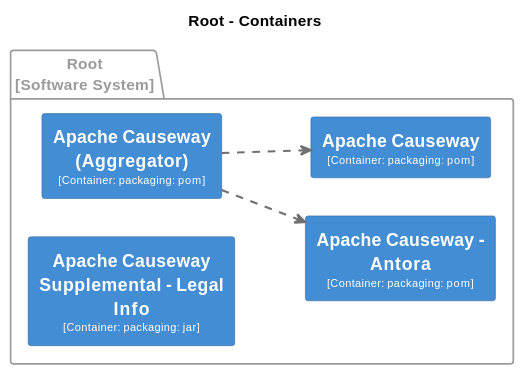
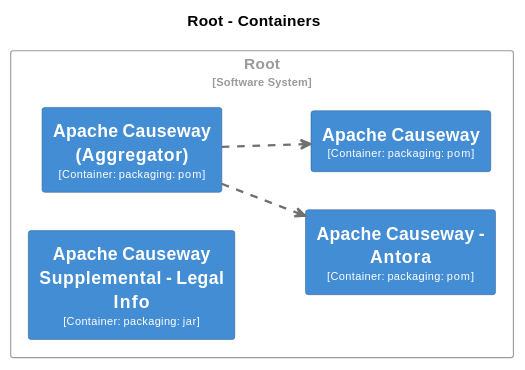
The fifth of 31 diagrams in core/adoc/modules/_overview/pages/about.adoc (apache/causeway), drawn with PlantUML before and after one commit. The commit also changed other lines of this file and 4 other files, not shown here.

```diff
--- a/core/adoc/modules/_overview/pages/about.adoc
+++ b/core/adoc/modules/_overview/pages/about.adoc
@@ -943,53 +1184,53 @@
 [plantuml,Root,svg]
 ----
 @startuml
 set separator none
 title Root - Containers
 
 left to right direction
 
 skinparam {
   shadowing false
   arrowFontSize 10
   defaultTextAlignment center
   wrapWidth 200
   maxMessageSize 100
 }
 
 hide stereotype
 
 skinparam rectangle<<Root.ApacheCauseway>> {
   BackgroundColor #438dd5
   FontColor #fffffe
   BorderColor #2e6295
 }
 skinparam rectangle<<Root.ApacheCausewayAggregator>> {
   BackgroundColor #438dd5
   FontColor #fffffe
   BorderColor #2e6295
 }
 skinparam rectangle<<Root.ApacheCausewayAntora>> {
   BackgroundColor #438dd5
   FontColor #fffffe
   BorderColor #2e6295
 }
 skinparam rectangle<<Root.ApacheCausewaySupplementalLegalInfo>> {
   BackgroundColor #438dd5
   FontColor #fffffe
   BorderColor #2e6295
 }
 
-package "Root\n[Software System]" <<Root>> {
-  skinparam PackageBorderColor<<Root>> #9a9a9a
-  skinparam PackageFontColor<<Root>> #9a9a9a
+rectangle "Root\n<size:10>[Software System]</size>" <<Root>> {
+  skinparam RectangleBorderColor<<Root>> #9a9a9a
+  skinparam RectangleFontColor<<Root>> #9a9a9a
 
   rectangle "==Apache Causeway (Aggregator)\n<size:10>[Container: packaging: pom]</size>" <<Root.ApacheCausewayAggregator>> as Root.ApacheCausewayAggregator
   rectangle "==Apache Causeway - Antora\n<size:10>[Container: packaging: pom]</size>" <<Root.ApacheCausewayAntora>> as Root.ApacheCausewayAntora
   rectangle "==Apache Causeway\n<size:10>[Container: packaging: pom]</size>" <<Root.ApacheCauseway>> as Root.ApacheCauseway
   rectangle "==Apache Causeway Supplemental - Legal Info\n<size:10>[Container: packaging: jar]</size>" <<Root.ApacheCausewaySupplementalLegalInfo>> as Root.ApacheCausewaySupplementalLegalInfo
 }
 
 Root.ApacheCausewayAggregator .[#707070,thickness=2].> Root.ApacheCausewayAntora : "<color:#707070>"
 Root.ApacheCausewayAggregator .[#707070,thickness=2].> Root.ApacheCauseway : "<color:#707070>"
 @enduml
 ----
```
